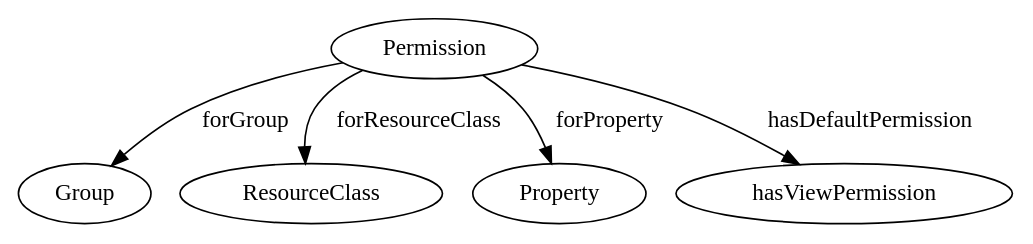
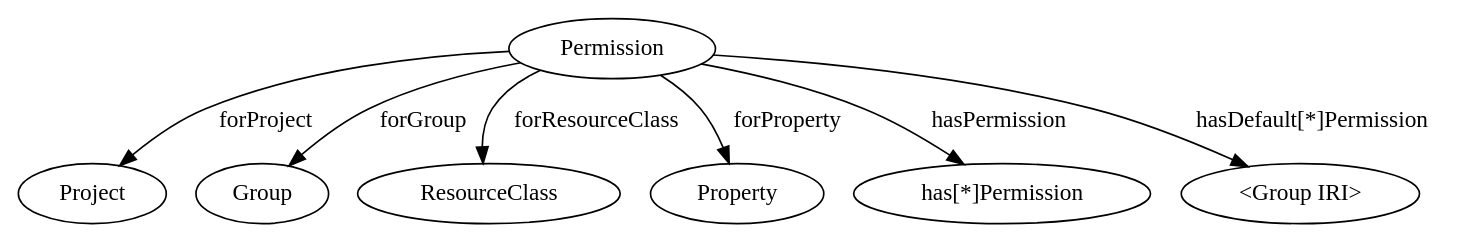
The diagram in docs/rst/knora-api-server/design-documentation/administration.rst (dasch-swiss/dsp-api), drawn with Graphviz before and after one commit. The commit also changed other lines of this file, not shown here.

Commit message:
docs (webapi): permission management

```diff
--- a/docs/rst/knora-api-server/design-documentation/administration.rst
+++ b/docs/rst/knora-api-server/design-documentation/administration.rst
@@ -278,8 +286,10 @@
 .. graphviz::
 
    digraph permissions {
+     "Permission" -> "Project" [ label="forProject" ];
      "Permission" -> "Group" [ label="forGroup" ];
      "Permission" -> "ResourceClass" [ label="forResourceClass" ];
      "Permission" -> "Property" [ label="forProperty" ];
-     "Permission" -> "hasViewPermission" [ label="hasDefaultPermission" ];
+     "Permission" -> "has[*]Permission" [ label="hasPermission" ];
+     "Permission" -> "<Group IRI>" [ label="hasDefault[*]Permission"]
    }
```
